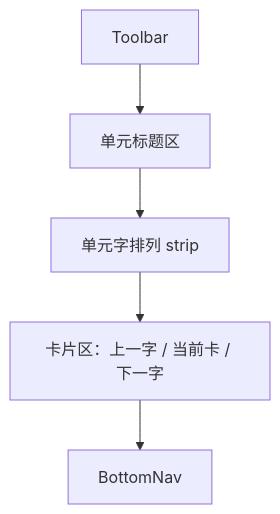
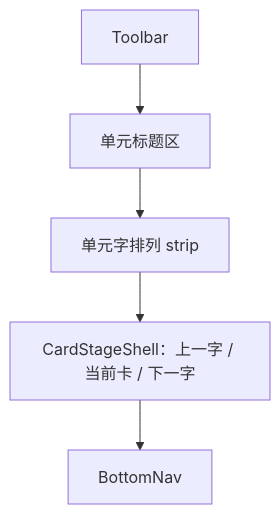
Before and after one commit to runmu123/shizi: the fourth of 12 diagrams in project.md, drawn with Mermaid. The commit also changed other lines of this file and 20 other files, not shown here.

````diff
--- a/project.md
+++ b/project.md
@@ -283,7 +298,7 @@
 ```mermaid
 flowchart TB
     A["Toolbar"] --> B["单元标题区"]
     B --> C["单元字排列 strip"]
-    C --> D["卡片区：上一字 / 当前卡 / 下一字"]
+    C --> D["CardStageShell：上一字 / 当前卡 / 下一字"]
     D --> E["BottomNav"]
 ```
````
